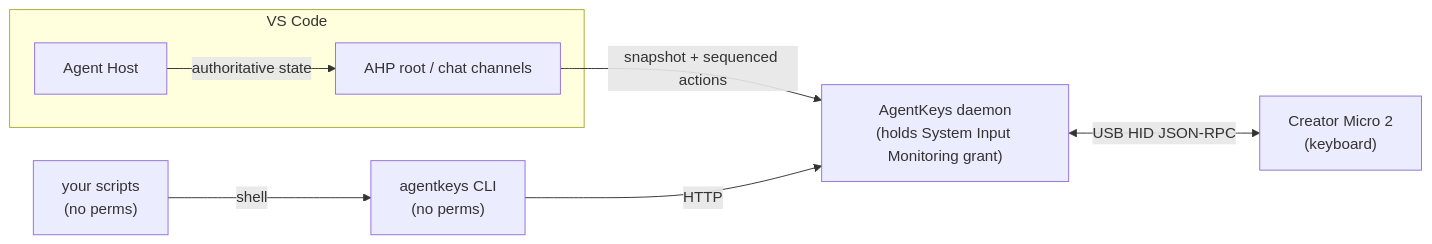
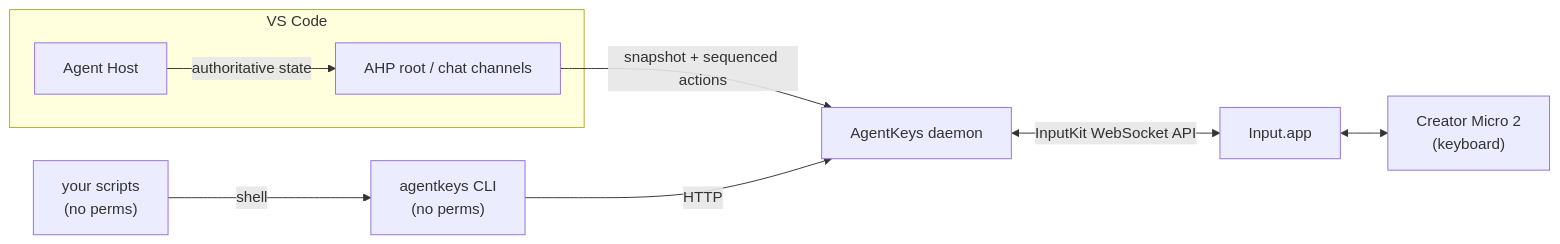
The diagram in README.md (okko/micro2-agent-keys), drawn with Mermaid before and after one commit. The commit also changed other lines of this file and 34 other files, not shown here.

First line of the commit message:
Replace direct keyboard integration with Work Louder InputKit

````diff
--- a/README.md
+++ b/README.md
@@ -54,17 +54,19 @@
 ```mermaid
 flowchart LR
     subgraph vsc["VS Code"]
         VS["Agent Host"]
         AHP["AHP root / chat channels"]
     end
     scripts["your scripts\n(no perms)"]
     cli["agentkeys CLI\n(no perms)"]
-    daemon["AgentKeys daemon\n(holds System Input Monitoring grant)"]
+    daemon["AgentKeys daemon"]
+    input["Input.app"]
     keyboard["Creator Micro 2\n(keyboard)"]
 
     VS -->|authoritative state| AHP
     AHP -->|snapshot + sequenced actions| daemon
     scripts -->|shell| cli
     cli -->|HTTP| daemon
-    daemon <-->|USB HID JSON-RPC| keyboard
+    daemon <-->|InputKit WebSocket API| input
+    input <--> keyboard
 ```
````
